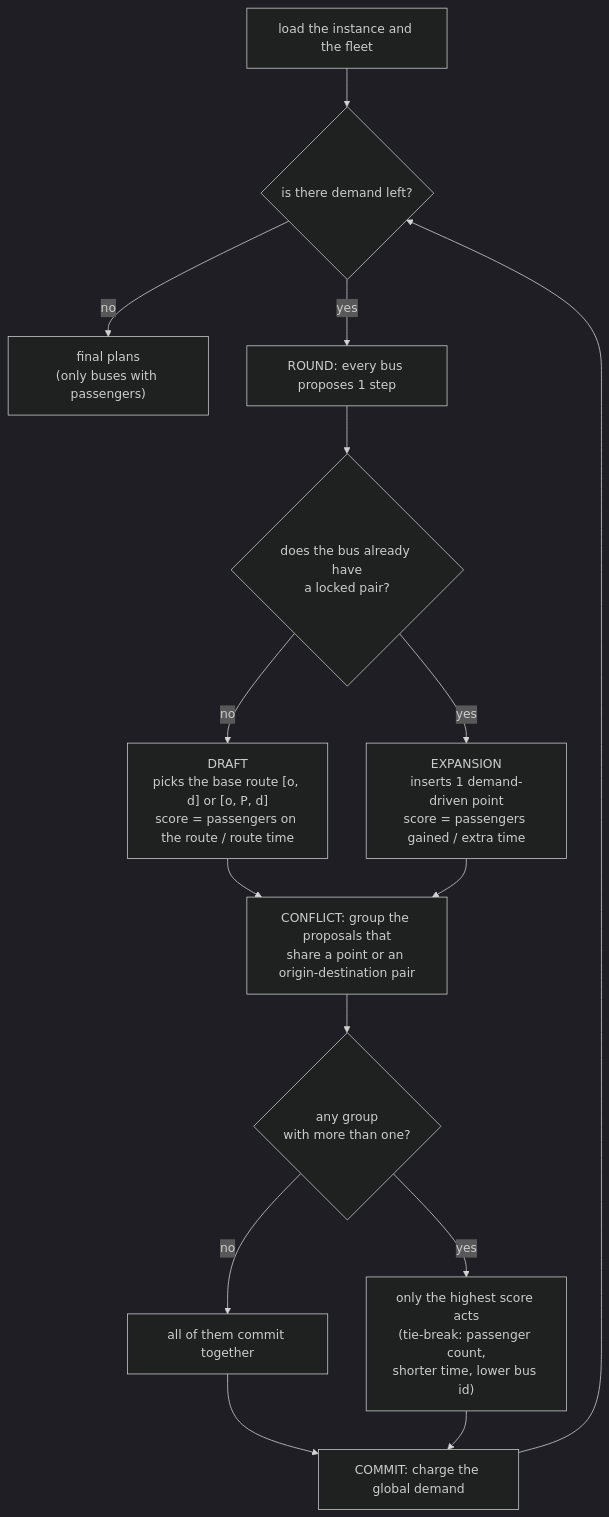
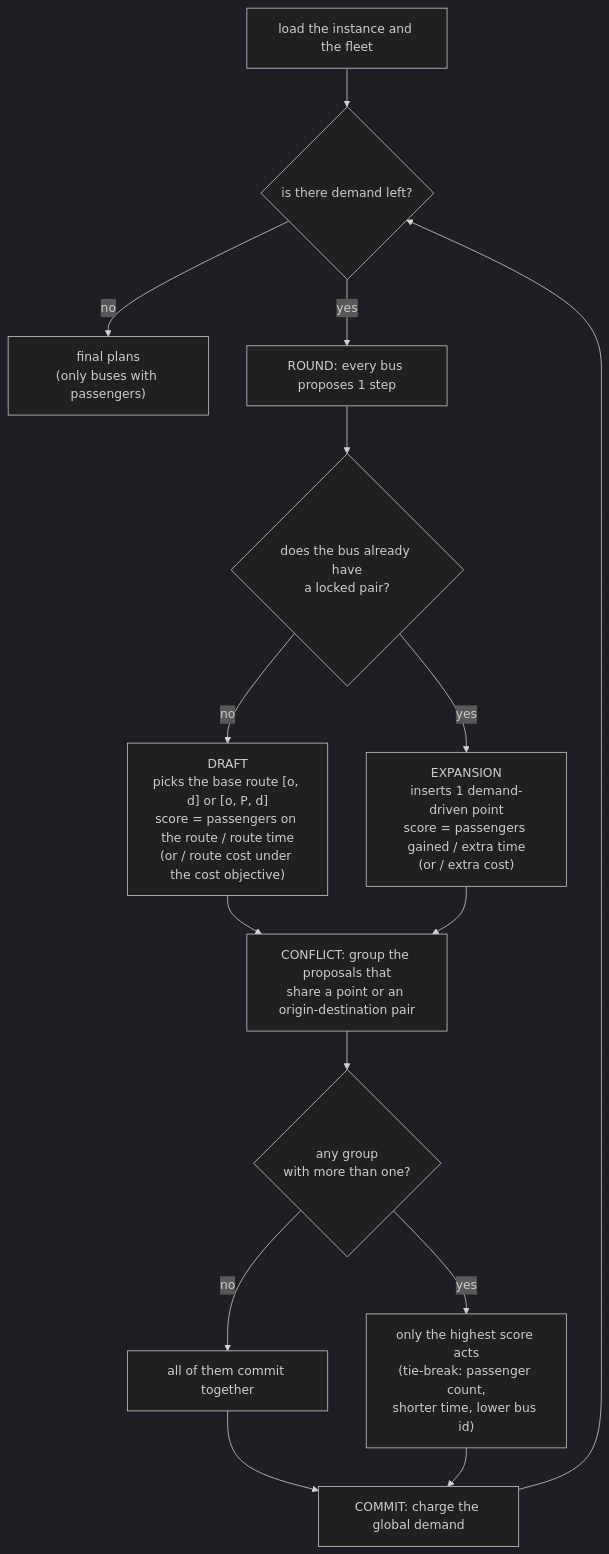
The first of 2 diagrams in heuristics.md (vitor0p9f/Transporte-UNIVASF-Form), drawn with Mermaid (dark theme) before and after one commit. The commit also changed other lines of this file, not shown here.

Commit message:
docs(heuristics): document the cost objective

````diff
--- a/heuristics.md
+++ b/heuristics.md
@@ -8,17 +8,17 @@
 ```mermaid
 flowchart TD
     A["load the instance and the fleet"] --> B{"is there demand left?"}
     B -- "no" --> Z["final plans<br/>(only buses with passengers)"]
     B -- "yes" --> C["ROUND: every bus proposes 1 step"]
     C --> D{"does the bus already have<br/>a locked pair?"}
-    D -- "no" --> E["DRAFT<br/>picks the base route [o, d] or [o, P, d]<br/>score = passengers on the route / route time"]
-    D -- "yes" --> F["EXPANSION<br/>inserts 1 demand-driven point<br/>score = passengers gained / extra time"]
+    D -- "no" --> E["DRAFT<br/>picks the base route [o, d] or [o, P, d]<br/>score = passengers on the route / route time<br/>(or / route cost under the cost objective)"]
+    D -- "yes" --> F["EXPANSION<br/>inserts 1 demand-driven point<br/>score = passengers gained / extra time<br/>(or / extra cost)"]
     E --> G["CONFLICT: group the proposals that<br/>share a point or an origin-destination pair"]
     F --> G
     G --> H{"any group<br/>with more than one?"}
     H -- "no" --> I["all of them commit together"]
     H -- "yes" --> J["only the highest score acts<br/>(tie-break: passenger count,<br/>shorter time, lower bus id)"]
     I --> K["COMMIT: charge the global demand"]
     J --> K
     K --> B
 ```
````
